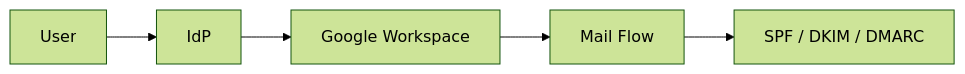
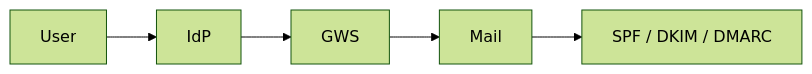
One commit to conti0513/development_public changed the fourth of 5 diagrams in README.md. Above: the diagram before and after it, drawn with Mermaid (forest theme). The commit also changed other lines of this file, not shown here.

````diff
--- a/README.md
+++ b/README.md
@@ -113,7 +194,7 @@
 ```mermaid
 graph LR
-    User --> IdP[IdP]
-    IdP --> GWS[Google Workspace]
-    GWS --> Mail[Mail Flow]
+    User --> IdP
+    IdP --> GWS
+    GWS --> Mail
     Mail --> Auth[SPF / DKIM / DMARC]
 ```
````
